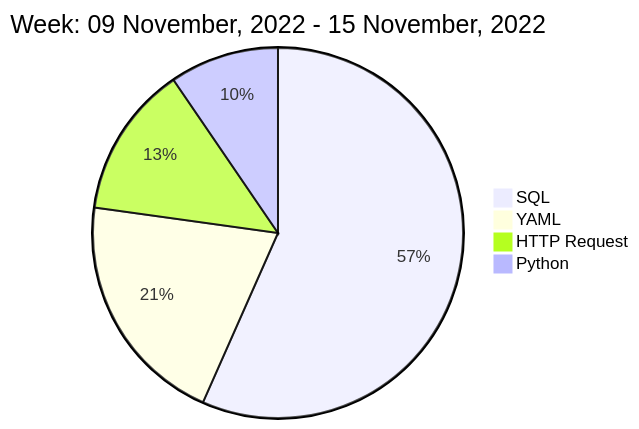
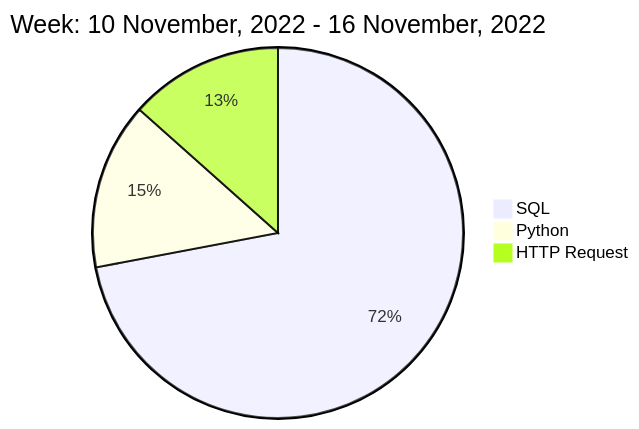
The diagram in README.md (liubin95/liubin95), drawn with Mermaid before and after one commit.

Commit message:
Updated the Graph with new Metrics

````diff
--- a/README.md
+++ b/README.md
@@ -40,8 +40,7 @@
 ```mermaid
  pie
-title Week: 09 November, 2022 - 15 November, 2022
- "SQL" : 8.32
- "YAML" : 3.02
- "HTTP Request" : 1.95
- "Python" : 1.4
+title Week: 10 November, 2022 - 16 November, 2022
+ "SQL" : 9.5
+ "Python" : 1.92
+ "HTTP Request" : 1.77
 ```
````
